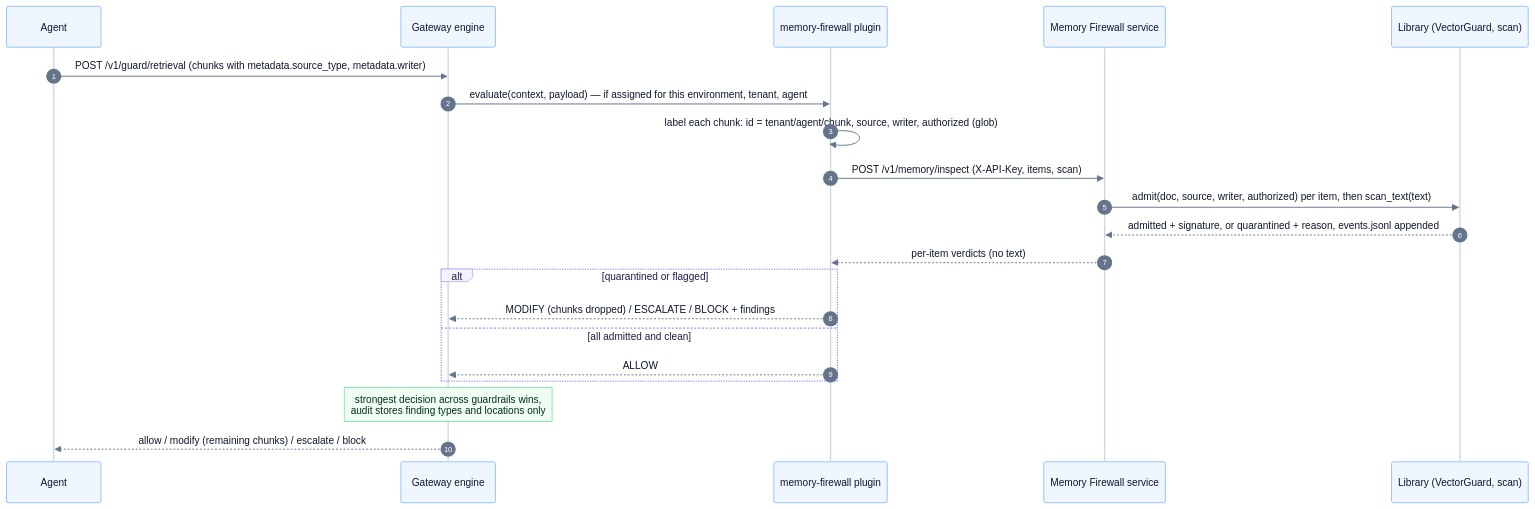
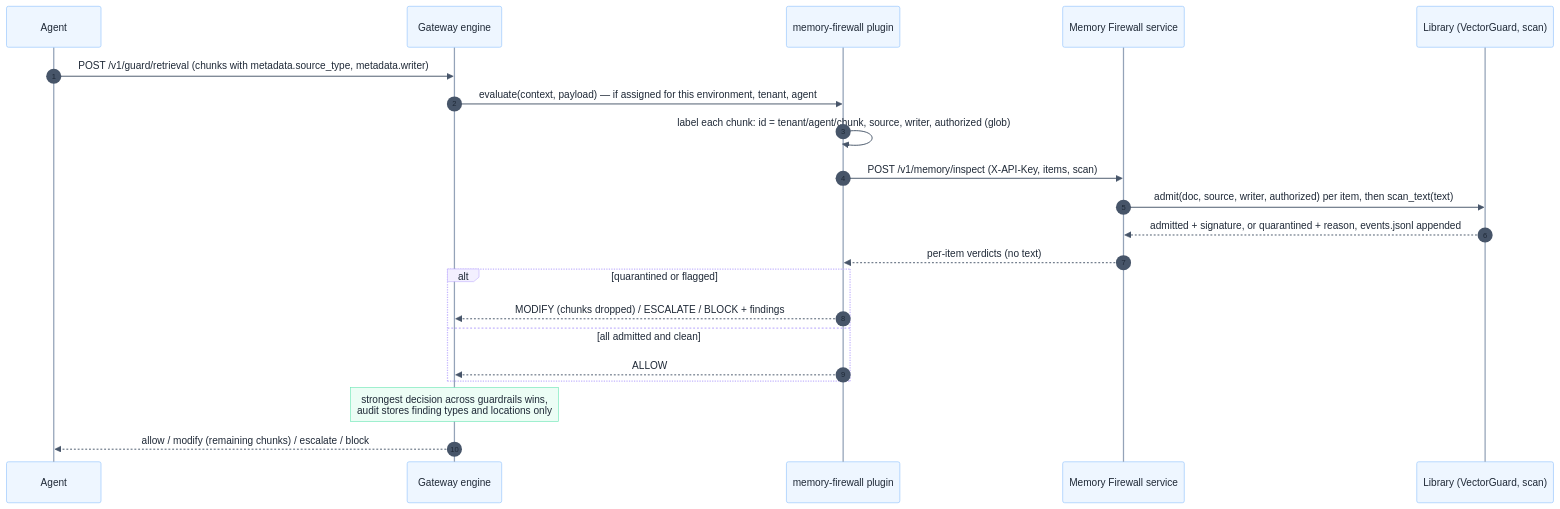
Before and after one commit to ramsha287/policy-guardrails-agent: the second of 2 diagrams in docs/memory-firewall.md, drawn with Mermaid. The commit also changed other lines of this file and 2 other files, not shown here.

First line of the commit message:
Redesign top architecture diagram as layered planes

````diff
--- a/docs/memory-firewall.md
+++ b/docs/memory-firewall.md
@@ -91,24 +91,24 @@
 ```mermaid
-%%{init: {"theme": "base", "fontFamily": "Helvetica, Arial, sans-serif", "themeVariables": {"fontSize": "14px", "primaryTextColor": "#0f172a", "actorBkg": "#eff6ff", "actorBorder": "#60a5fa", "actorTextColor": "#0f172a", "actorLineColor": "#cbd5e1", "signalColor": "#64748b", "signalTextColor": "#0f172a", "labelBoxBkgColor": "#f5f3ff", "labelBoxBorderColor": "#a78bfa", "labelTextColor": "#1e1b4b", "loopTextColor": "#1e1b4b", "altSectionBkgColor": "#fbfcfe", "noteBkgColor": "#f0fdf4", "noteBorderColor": "#4ade80", "noteTextColor": "#052e16", "sequenceNumberColor": "#ffffff"}}}%%
+%%{init: {"theme": "base", "darkMode": false, "fontFamily": "Helvetica, Arial, sans-serif", "fontSize": "16px", "themeVariables": {"background": "#ffffff", "primaryColor": "#eef6ff", "primaryBorderColor": "#93c5fd", "primaryTextColor": "#1f2937", "textColor": "#1f2937", "actorBkg": "#eef6ff", "actorBorder": "#93c5fd", "actorTextColor": "#1f2937", "actorLineColor": "#94a3b8", "signalColor": "#475569", "signalTextColor": "#1f2937", "labelBoxBkgColor": "#f3f0ff", "labelBoxBorderColor": "#c4b5fd", "labelTextColor": "#1f2937", "loopTextColor": "#1f2937", "noteBkgColor": "#ecfdf5", "noteBorderColor": "#6ee7b7", "noteTextColor": "#1f2937", "activationBkgColor": "#ccfbf1", "activationBorderColor": "#5eead4", "sequenceNumberColor": "#1f2937", "altSectionBkgColor": "#f8fafc"}, "sequence": {"actorMargin": 60, "messageMargin": 44}}}%%
 sequenceDiagram
   autonumber
   participant Ag as Agent
   participant GW as Gateway engine
   participant PL as memory-firewall plugin
   participant MF as Memory Firewall service
   participant L as Library (VectorGuard, scan)
   Ag->>GW: POST /v1/guard/retrieval (chunks with metadata.source_type, metadata.writer)
   GW->>PL: evaluate(context, payload) — if assigned for this environment, tenant, agent
   PL->>PL: label each chunk: id = tenant/agent/chunk, source, writer, authorized (glob)
   PL->>MF: POST /v1/memory/inspect (X-API-Key, items, scan)
   MF->>L: admit(doc, source, writer, authorized) per item, then scan_text(text)
   L-->>MF: admitted + signature, or quarantined + reason, events.jsonl appended
   MF-->>PL: per-item verdicts (no text)
   alt quarantined or flagged
     PL-->>GW: MODIFY (chunks dropped) / ESCALATE / BLOCK + findings
   else all admitted and clean
     PL-->>GW: ALLOW
   end
   Note over GW: strongest decision across guardrails wins,<br/>audit stores finding types and locations only
   GW-->>Ag: allow / modify (remaining chunks) / escalate / block
 ```
````
